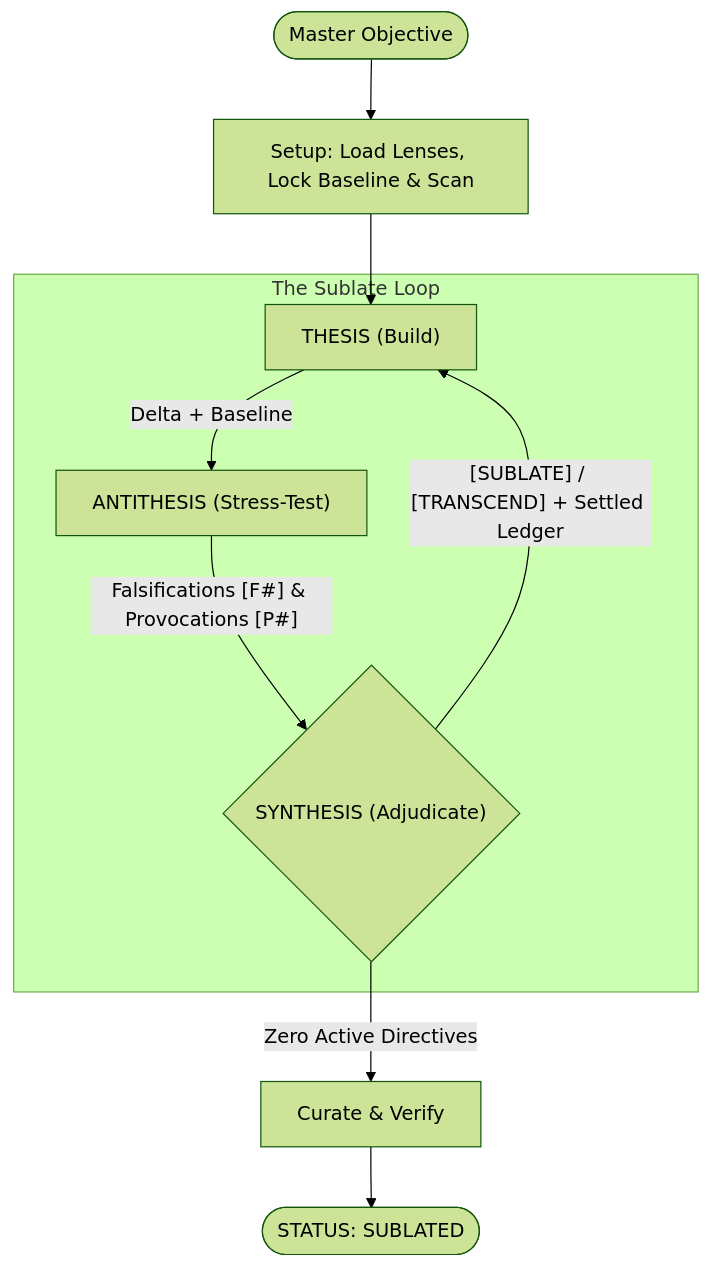
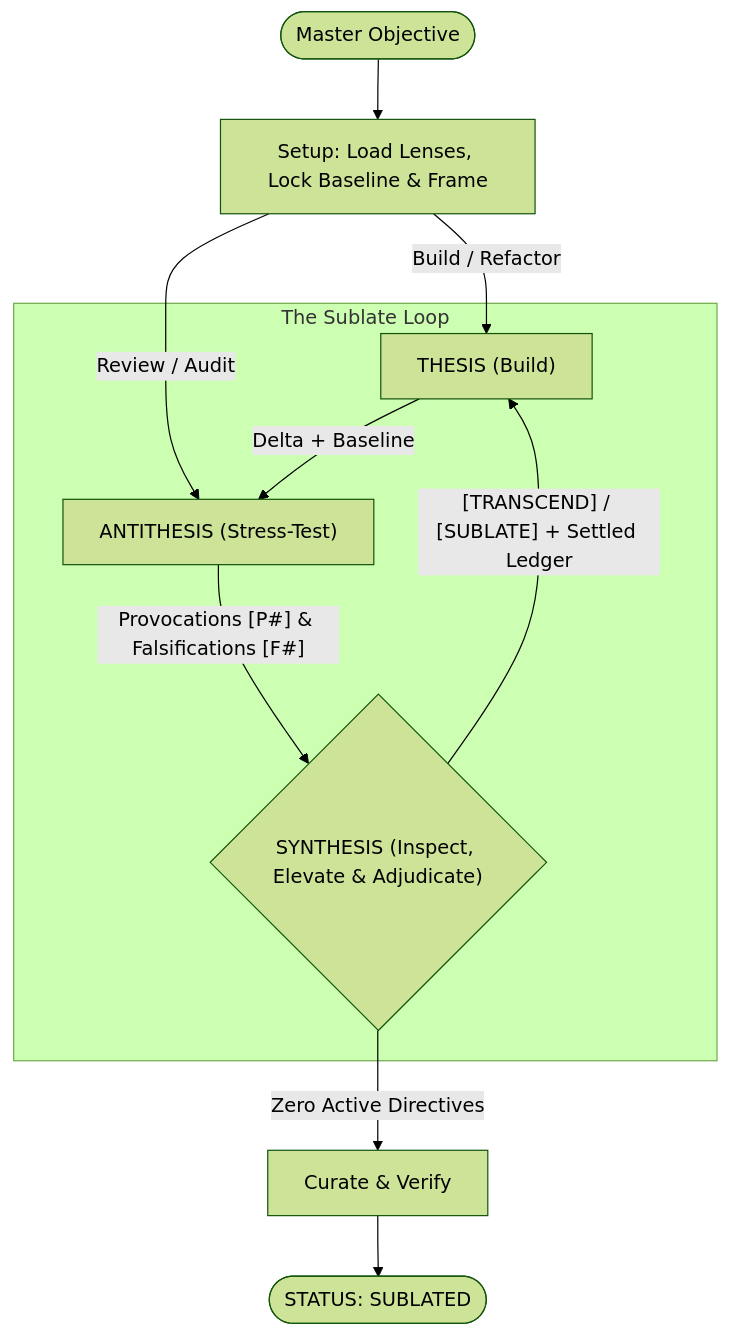
The diagram in README.md (jessetane/sublate), drawn with Mermaid (forest theme) before and after one commit. The commit also changed other lines of this file and 4 other files, not shown here.

Commit message:
core, lenses: invert audit to macro-before-micro, support antithesis entry, and elevate synthesis

````diff
--- a/README.md
+++ b/README.md
@@ -20,14 +20,15 @@
 ```mermaid
 flowchart TD
-    Start(["Master Objective"]) --> Setup["Setup: Load Lenses, Lock Baseline & Scan"]
-    Setup --> Thesis["THESIS (Build)"]
+    Start(["Master Objective"]) --> Setup["Setup: Load Lenses, Lock Baseline & Frame"]
+    Setup -->|"Build / Refactor"| Thesis["THESIS (Build)"]
+    Setup -->|"Review / Audit"| Antithesis["ANTITHESIS (Stress-Test)"]
 
     subgraph Loop ["The Sublate Loop"]
-        Thesis -->|"Delta + Baseline"| Antithesis["ANTITHESIS (Stress-Test)"]
-        Antithesis -->|"Falsifications [F#] & Provocations [P#]"| Synthesis{"SYNTHESIS (Adjudicate)"}
-        Synthesis -->|"[SUBLATE] / [TRANSCEND] + Settled Ledger"| Thesis
+        Thesis -->|"Delta + Baseline"| Antithesis
+        Antithesis -->|"Provocations [P#] & Falsifications [F#]"| Synthesis{"SYNTHESIS (Inspect, Elevate & Adjudicate)"}
+        Synthesis -->|"[TRANSCEND] / [SUBLATE] + Settled Ledger"| Thesis
     end
 
     Synthesis -->|"Zero Active Directives"| Curate["Curate & Verify"]
     Curate --> Complete(["STATUS: SUBLATED"])
 ```
````
